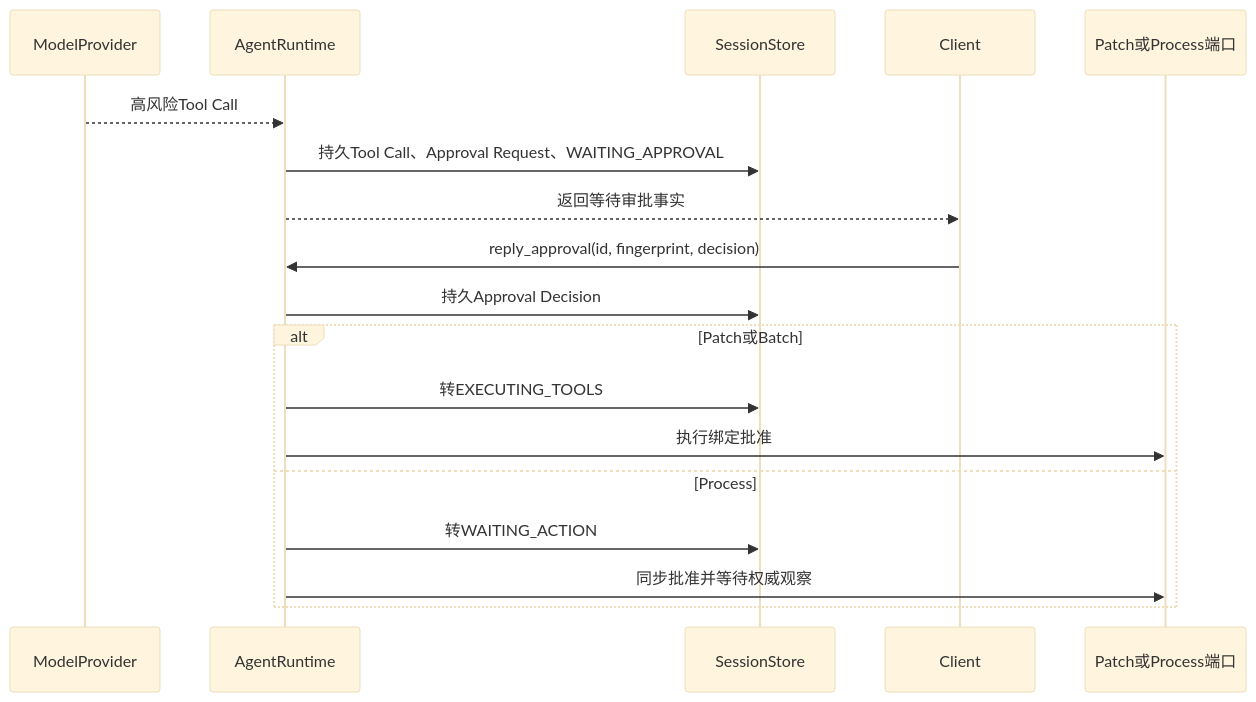
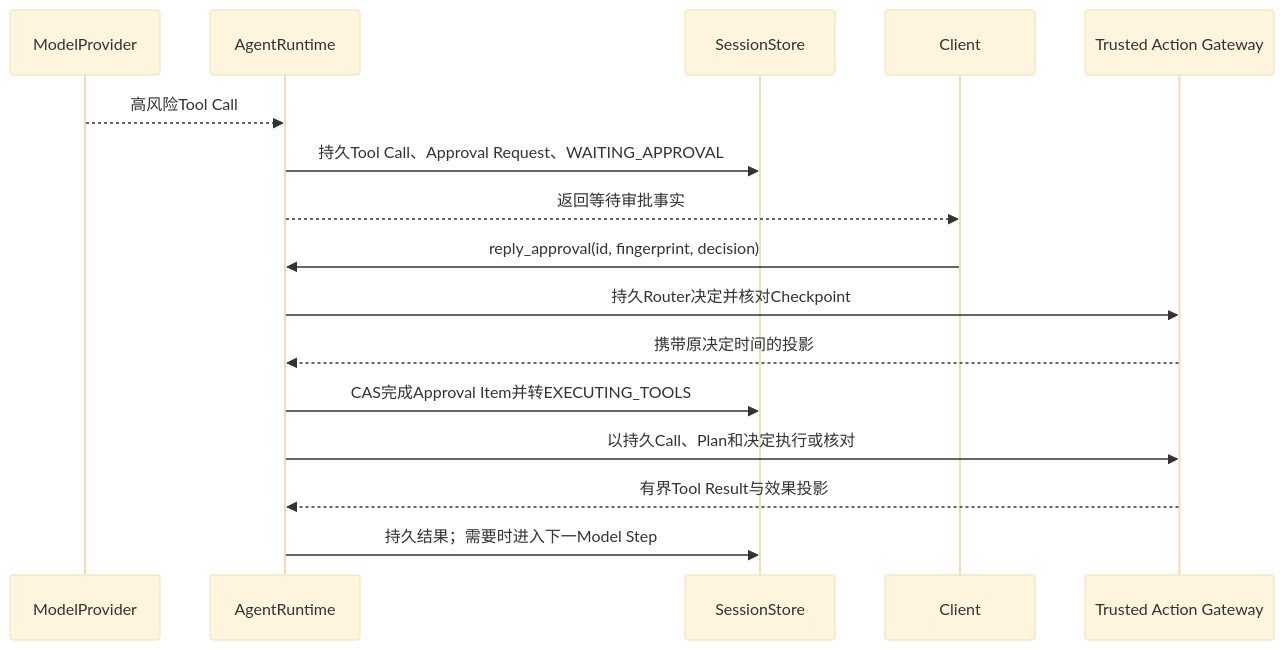
Before and after one commit to carrie1988/Harnessix: the sixth of 12 diagrams in docs/modules/agent.md, drawn with Mermaid (base theme). The commit also changed other lines of this file and 121 other files, not shown here.

````diff
--- a/docs/modules/agent.md
+++ b/docs/modules/agent.md
@@ -321,20 +322,18 @@
 ```mermaid
 sequenceDiagram
     participant M as ModelProvider
     participant R as AgentRuntime
     participant S as SessionStore
     participant C as Client
-    participant E as Patch或Process端口
+    participant G as Trusted Action Gateway
     M-->>R: 高风险Tool Call
     R->>S: 持久Tool Call、Approval Request、WAITING_APPROVAL
     R-->>C: 返回等待审批事实
     C->>R: reply_approval(id, fingerprint, decision)
-    R->>S: 持久Approval Decision
-    alt Patch或Batch
-        R->>S: 转EXECUTING_TOOLS
-        R->>E: 执行绑定批准
-    else Process
-        R->>S: 转WAITING_ACTION
-        R->>E: 同步批准并等待权威观察
-    end
+    R->>G: 持久Router决定并核对Checkpoint
+    G-->>R: 携带原决定时间的投影
+    R->>S: CAS完成Approval Item并转EXECUTING_TOOLS
+    R->>G: 以持久Call、Plan和决定执行或核对
+    G-->>R: 有界Tool Result与效果投影
+    R->>S: 持久结果；需要时进入下一Model Step
 ```
````
